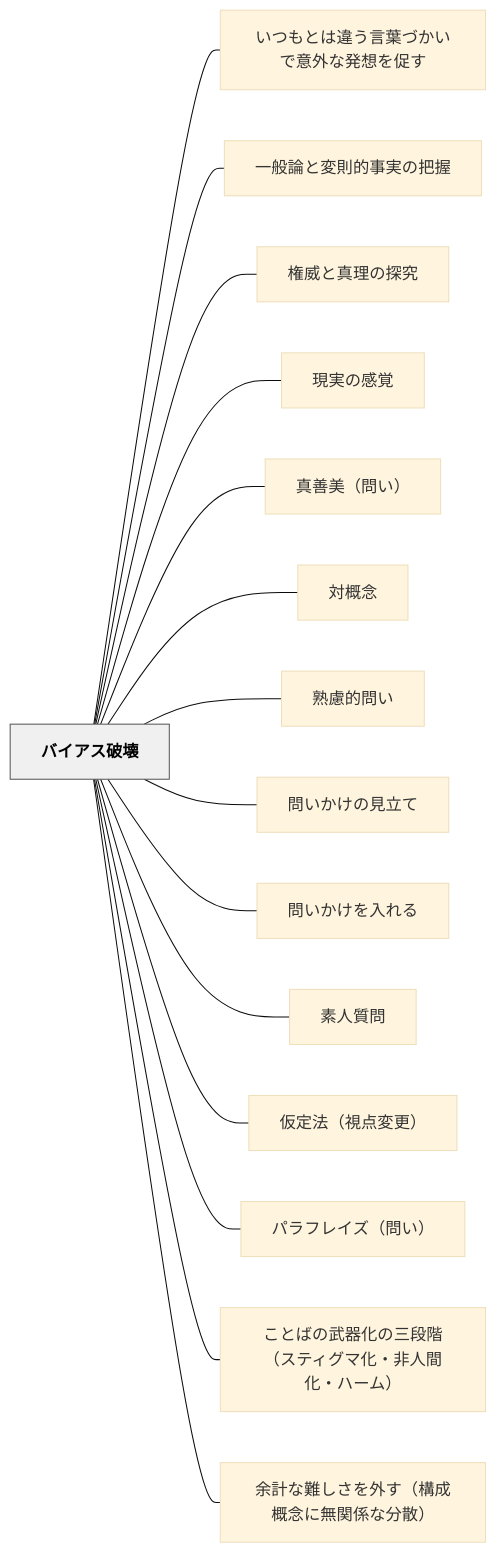
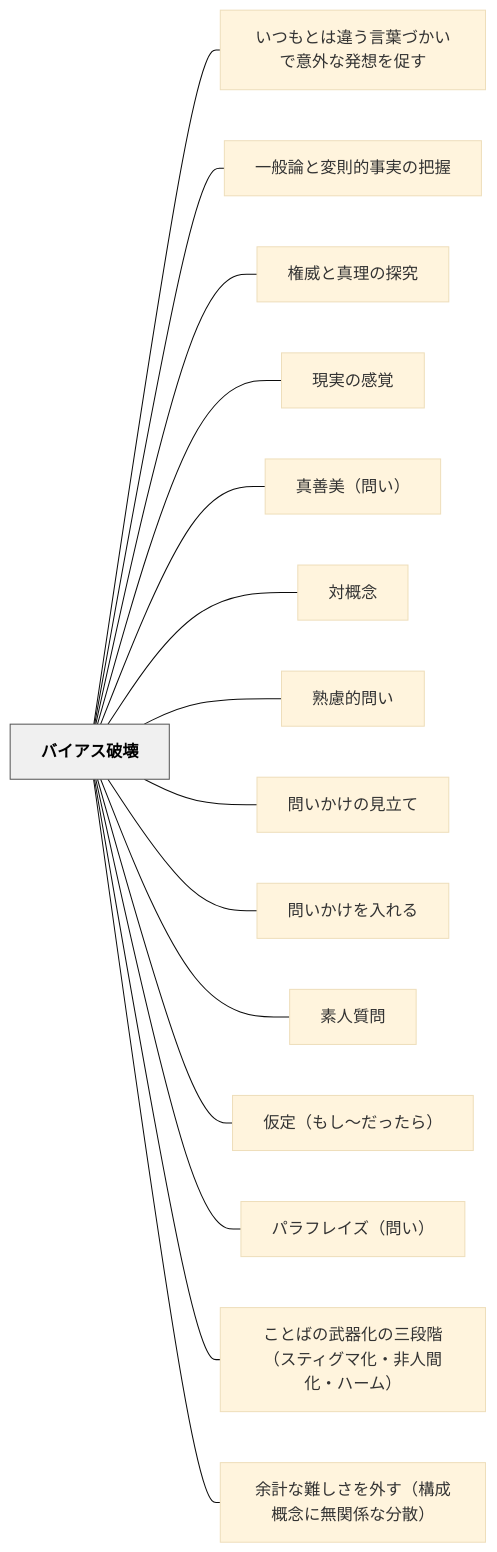
Before and after one commit to unknownthings-ed-patterns/unknownthings-ed-patterns: the diagram in content/パタン/バイアス破壊.md, drawn with Mermaid (base theme). The commit also changed other lines of this file and 16 other files, not shown here.

````diff
--- a/content/パタン/バイアス破壊.md
+++ b/content/パタン/バイアス破壊.md
@@ -86,36 +86,36 @@
 ```mermaid
 flowchart LR
     ne38390e382a4e382a2e382b9e7a0b4e5a38a["バイアス破壊"]
     ne38184e381a4e38282e381a8e381afe98195e38186e8a880e89189e381a5e3818be38184e381a7e6848fe5a496e381aae799bae683b3e38292e4bf83e38199["いつもとは違う言葉づかいで意外な発想を促す"]
     ne4b880e888ace8ab96e381a8e5a489e58987e79a84e4ba8be5ae9fe381aee68a8ae68fa1["一般論と変則的事実の把握"]
     ne6a8a9e5a881e381a8e79c9fe79086e381aee68ea2e7a9b6["権威と真理の探究"]
     ne78fbee5ae9fe381aee6849fe8a69a["現実の感覚"]
     ne79c9fe59684e7be8eefbc88e5958fe38184efbc89["真善美（問い）"]
     ne5afbee6a682e5bfb5["対概念"]
     ne7869fe685aee79a84e5958fe38184["熟慮的問い"]
     ne5958fe38184e3818be38191e381aee8a68be7ab8be381a6["問いかけの見立て"]
     ne5958fe38184e3818be38191e38292e585a5e3828ce3828b["問いかけを入れる"]
     ne7b4a0e4babae8b3aae5958f["素人質問"]
-    ne4bbaee5ae9ae6b395efbc88e8a696e782b9e5a489e69bb4efbc89["仮定法（視点変更）"]
+    ne4bbaee5ae9aefbc88e38282e38197e3809ce381a0e381a3e3819fe38289efbc89["仮定（もし〜だったら）"]
     ne38391e383a9e38395e383ace382a4e382baefbc88e5958fe38184efbc89["パラフレイズ（問い）"]
     ne38193e381a8e381b0e381aee6ada6e599a8e58c96e381aee4b889e6aeb5e99a8eefbc88e382b9e38386e382a3e382b0e3839ee58c96e383bbe99d9ee4babae99693e58c96e383bbe3838fe383bce383a0efbc89["ことばの武器化の三段階（スティグマ化・非人間化・ハーム）"]
     ne4bd99e8a888e381aae99ba3e38197e38195e38292e5a496e38199efbc88e6a78be68890e6a682e5bfb5e381abe784a1e996a2e4bf82e381aae58886e695a3efbc89["余計な難しさを外す（構成概念に無関係な分散）"]
 
     ne38390e382a4e382a2e382b9e7a0b4e5a38a --- ne38184e381a4e38282e381a8e381afe98195e38186e8a880e89189e381a5e3818be38184e381a7e6848fe5a496e381aae799bae683b3e38292e4bf83e38199
     ne38390e382a4e382a2e382b9e7a0b4e5a38a --- ne4b880e888ace8ab96e381a8e5a489e58987e79a84e4ba8be5ae9fe381aee68a8ae68fa1
     ne38390e382a4e382a2e382b9e7a0b4e5a38a --- ne6a8a9e5a881e381a8e79c9fe79086e381aee68ea2e7a9b6
     ne38390e382a4e382a2e382b9e7a0b4e5a38a --- ne78fbee5ae9fe381aee6849fe8a69a
     ne38390e382a4e382a2e382b9e7a0b4e5a38a --- ne79c9fe59684e7be8eefbc88e5958fe38184efbc89
     ne38390e382a4e382a2e382b9e7a0b4e5a38a --- ne5afbee6a682e5bfb5
     ne38390e382a4e382a2e382b9e7a0b4e5a38a --- ne7869fe685aee79a84e5958fe38184
     ne38390e382a4e382a2e382b9e7a0b4e5a38a --- ne5958fe38184e3818be38191e381aee8a68be7ab8be381a6
     ne38390e382a4e382a2e382b9e7a0b4e5a38a --- ne5958fe38184e3818be38191e38292e585a5e3828ce3828b
     ne38390e382a4e382a2e382b9e7a0b4e5a38a --- ne7b4a0e4babae8b3aae5958f
-    ne38390e382a4e382a2e382b9e7a0b4e5a38a --- ne4bbaee5ae9ae6b395efbc88e8a696e782b9e5a489e69bb4efbc89
+    ne38390e382a4e382a2e382b9e7a0b4e5a38a --- ne4bbaee5ae9aefbc88e38282e38197e3809ce381a0e381a3e3819fe38289efbc89
     ne38390e382a4e382a2e382b9e7a0b4e5a38a --- ne38391e383a9e38395e383ace382a4e382baefbc88e5958fe38184efbc89
     ne38390e382a4e382a2e382b9e7a0b4e5a38a --- ne38193e381a8e381b0e381aee6ada6e599a8e58c96e381aee4b889e6aeb5e99a8eefbc88e382b9e38386e382a3e382b0e3839ee58c96e383bbe99d9ee4babae99693e58c96e383bbe3838fe383bce383a0efbc89
     ne38390e382a4e382a2e382b9e7a0b4e5a38a --- ne4bd99e8a888e381aae99ba3e38197e38195e38292e5a496e38199efbc88e6a78be68890e6a682e5bfb5e381abe784a1e996a2e4bf82e381aae58886e695a3efbc89
 
     classDef hub fill:#f0f0f0,stroke:#555,color:#000,font-weight:bold
     class ne38390e382a4e382a2e382b9e7a0b4e5a38a hub
 ```
````
